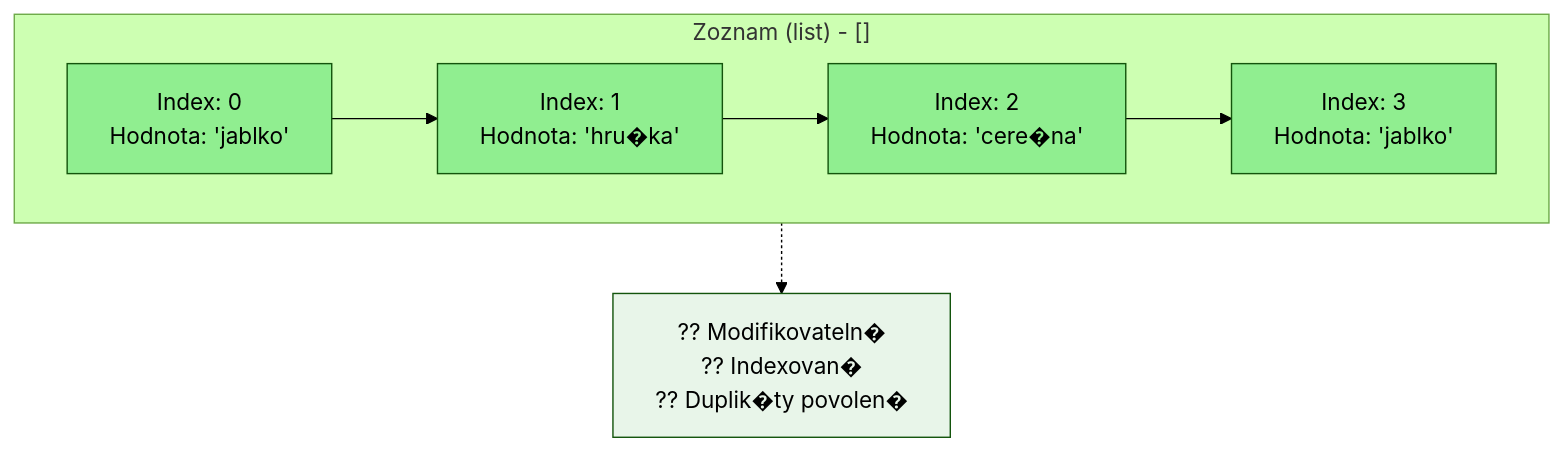
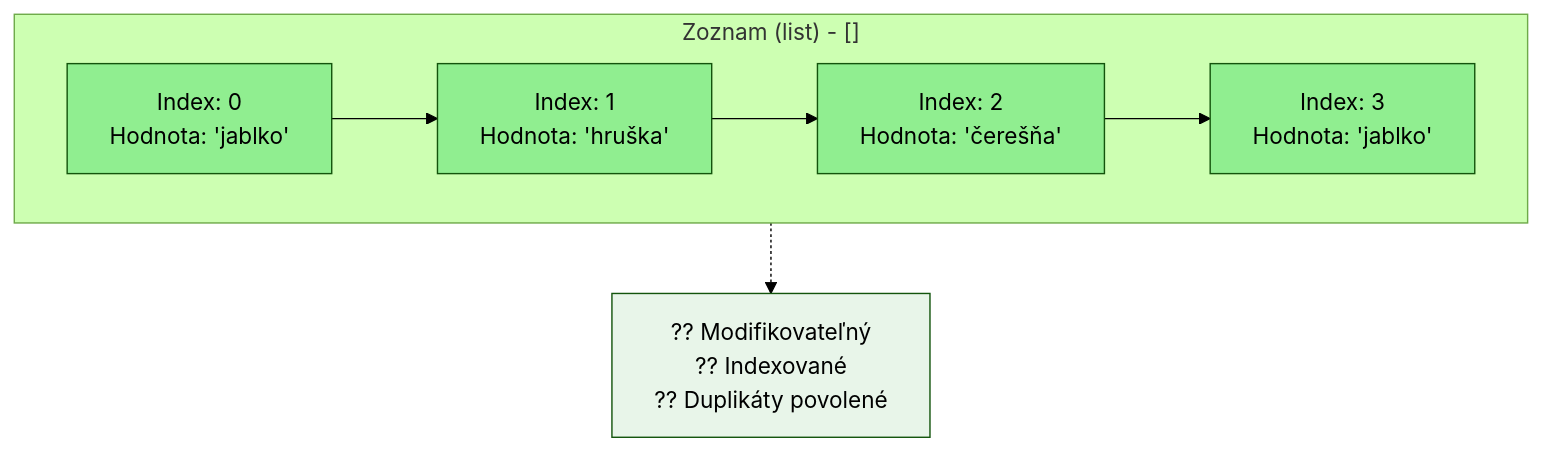
The first of 2 diagrams in Lessons_sk/12_list_set_dictionary_tuple_sk_1.md (SpsKnSK/api), drawn with Mermaid (forest theme) before and after one commit. The commit also changed other lines of this file, not shown here.

````diff
--- a/Lessons_sk/12_list_set_dictionary_tuple_sk_1.md
+++ b/Lessons_sk/12_list_set_dictionary_tuple_sk_1.md
@@ -28,20 +28,20 @@
 ```mermaid
 graph TB
     subgraph Lista["Zoznam (list) - []"]
         L0["Index: 0<br/>Hodnota: 'jablko'"]
-        L1["Index: 1<br/>Hodnota: 'hru�ka'"]
-        L2["Index: 2<br/>Hodnota: 'cere�na'"]
+        L1["Index: 1<br/>Hodnota: 'hruška'"]
+        L2["Index: 2<br/>Hodnota: 'čerešňa'"]
         L3["Index: 3<br/>Hodnota: 'jablko'"]
         L0 --> L1 --> L2 --> L3
         style L0 fill:#90EE90,color:#000000
         style L1 fill:#90EE90,color:#000000
         style L2 fill:#90EE90,color:#000000
         style L3 fill:#90EE90,color:#000000
     end
 
-    ListaJegyzet["?? Modifikovateln�<br/>?? Indexovan�<br/>?? Duplik�ty povolen�"]
+    ListaJegyzet["?? Modifikovateľný<br/>?? Indexované<br/>?? Duplikáty povolené"]
 
     Lista -.-> ListaJegyzet
 
     style ListaJegyzet fill:#E8F5E9,color:#000000
 ```
````
